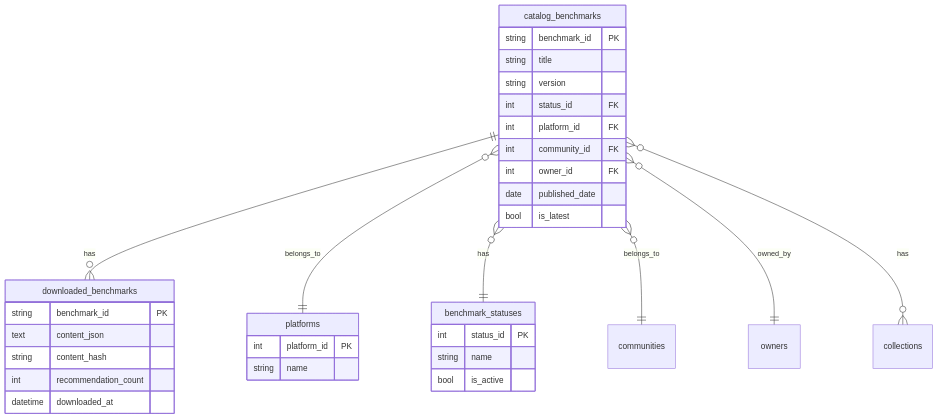
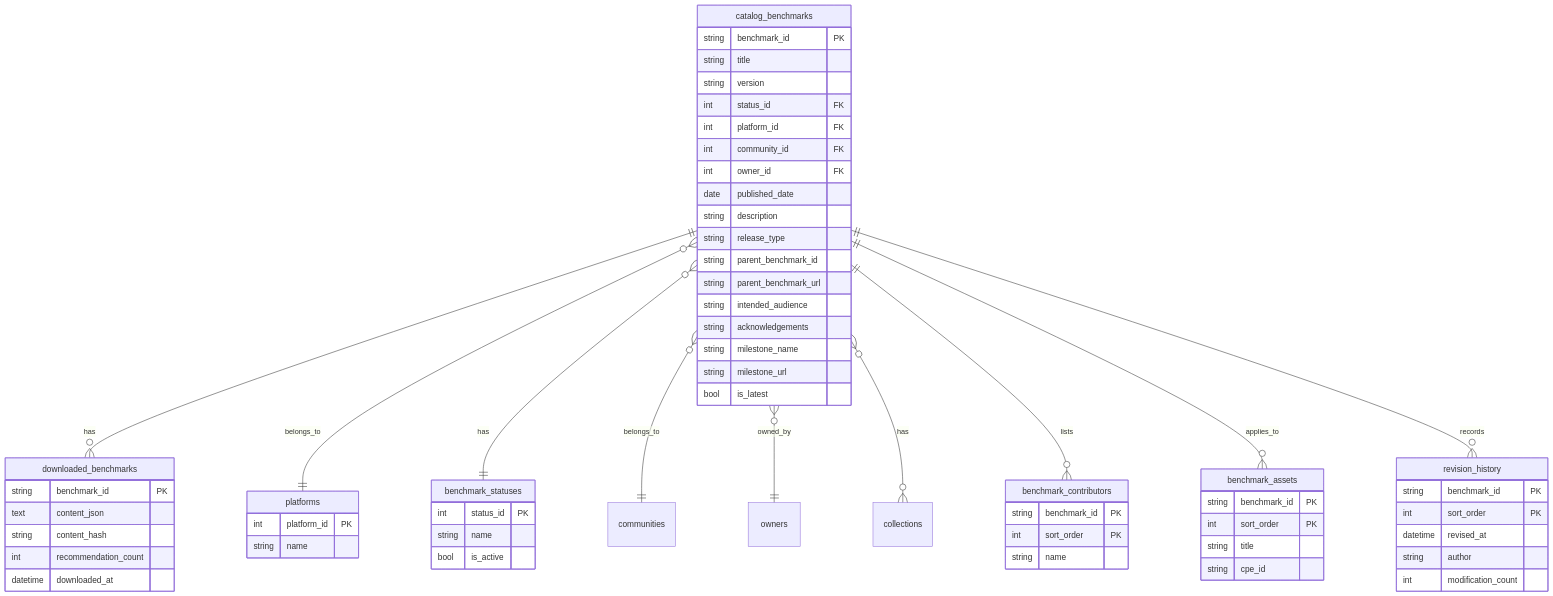
Before and after one commit to mitre/cis-bench: diagram 12 of 13 in docs/developer-guide/architecture.md, drawn with Mermaid. The commit also changed other lines of this file and 9 other files, not shown here.

First line of the commit message:
feat(models): give a benchmark's page metadata a home in the model and the catalog (#43)

````diff
--- a/docs/developer-guide/architecture.md
+++ b/docs/developer-guide/architecture.md
@@ -592,40 +593,72 @@
 ```mermaid
 erDiagram
 catalog_benchmarks ||--o{ downloaded_benchmarks : has
 catalog_benchmarks }o--|| platforms : belongs_to
 catalog_benchmarks }o--|| benchmark_statuses : has
 catalog_benchmarks }o--|| communities : belongs_to
 catalog_benchmarks }o--|| owners : owned_by
 catalog_benchmarks }o--o{ collections : has
+catalog_benchmarks ||--o{ benchmark_contributors : lists
+catalog_benchmarks ||--o{ benchmark_assets : applies_to
+catalog_benchmarks ||--o{ revision_history : records
 
 catalog_benchmarks {
 string benchmark_id PK
 string title
 string version
 int status_id FK
 int platform_id FK
 int community_id FK
 int owner_id FK
 date published_date
+string description
+string release_type
+string parent_benchmark_id
+string parent_benchmark_url
+string intended_audience
+string acknowledgements
+string milestone_name
+string milestone_url
 bool is_latest
+}
+
+benchmark_contributors {
+string benchmark_id PK
+int sort_order PK
+string name
+}
+
+benchmark_assets {
+string benchmark_id PK
+int sort_order PK
+string title
+string cpe_id
+}
+
+revision_history {
+string benchmark_id PK
+int sort_order PK
+datetime revised_at
+string author
+int modification_count
 }
 
 downloaded_benchmarks {
 string benchmark_id PK
 text content_json
 string content_hash
 int recommendation_count
 datetime downloaded_at
 }
 
 platforms {
 int platform_id PK
 string name
 }
 
 benchmark_statuses {
 int status_id PK
 string name
 bool is_active
 }
 ```
````
